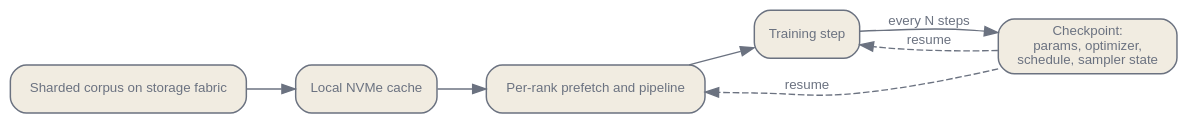
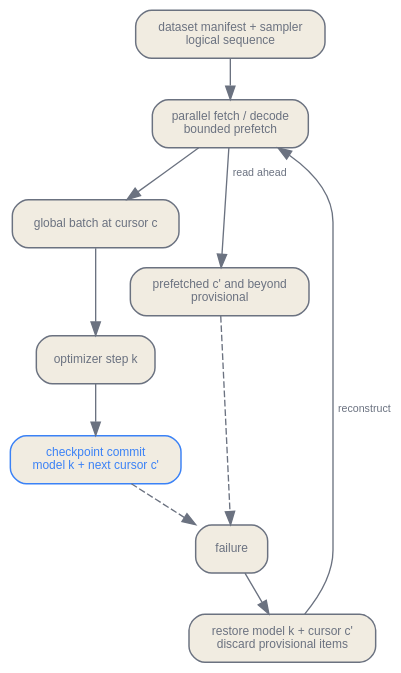
One commit to latere-ai/ai-as-an-infrastructure changed the third of 3 diagrams in en/infrastructure/04-orchestration-data-infra.qmd. Above: the diagram before and after it, drawn with Graphviz. The commit also changed other lines of this file and 3 other files, not shown here.

Commit message:
docs: rewrite orchestration and data infrastructure

````diff
--- a/en/infrastructure/04-orchestration-data-infra.qmd
+++ b/en/infrastructure/04-orchestration-data-infra.qmd
@@ -257,24 +508,28 @@
 ```{dot}
-//| label: fig-orchestration-dataplane
-//| fig-cap: "The data plane feeds each rank from sharded storage through a local cache, and the checkpoint captures the sampler state so a resume continues the exact same data order."
+//| label: fig-orchestration-data-resume
+//| fig-cap: "Model state and the committed data cursor advance together. Prefetched work remains provisional and is discarded or reconstructed after rollback."
 digraph {
   bgcolor="transparent";
-  rankdir=LR;
-  nodesep=0.4; ranksep=0.5;
-  node [shape=box, style="rounded,filled", fontname="Helvetica", fontsize=10, color="#6b7280", fontcolor="#6b7280", fillcolor="#f1ece1", penwidth=1.1];
-  edge [fontsize=10, fontname="Helvetica", color="#6b7280", fontcolor="#6b7280"];
+  rankdir=TB;
+  nodesep=0.35; ranksep=0.42;
+  node [shape=box, style="rounded,filled", fontname="Helvetica", fontsize=9,
+        color="#6b7280", fontcolor="#6b7280", fillcolor="#f1ece1", penwidth=1.1];
+  edge [fontname="Helvetica", fontsize=8, color="#6b7280", fontcolor="#6b7280"];
 
-  S [label="Sharded corpus on storage fabric"];
-  C [label="Local NVMe cache"];
-  P [label="Per-rank prefetch and pipeline"];
-  T [label="Training step"];
-  K [label="Checkpoint:\nparams, optimizer,\nschedule, sampler state"];
+  manifest [label="dataset manifest + sampler\nlogical sequence"];
+  fetch [label="parallel fetch / decode\nbounded prefetch"];
+  batch [label="global batch at cursor c"];
+  step [label="optimizer step k"];
+  commit [label="checkpoint commit\nmodel k + next cursor c'", color="#3b82f6", fontcolor="#3b82f6"];
+  ahead [label="prefetched c' and beyond\nprovisional"];
+  failure [label="failure"];
+  restore [label="restore model k + cursor c'\ndiscard provisional items"];
 
-  S -> C;
-  C -> P;
-  P -> T;
-  T -> K [label="every N steps"];
-  K -> P [style=dashed, label="resume"];
-  K -> T [style=dashed, label="resume"];
+  manifest -> fetch -> batch -> step -> commit;
+  fetch -> ahead [label="read ahead"];
+  commit -> failure [style=dashed];
+  ahead -> failure [style=dashed];
+  failure -> restore;
+  restore -> fetch [label="reconstruct"];
 }
 ```
````
